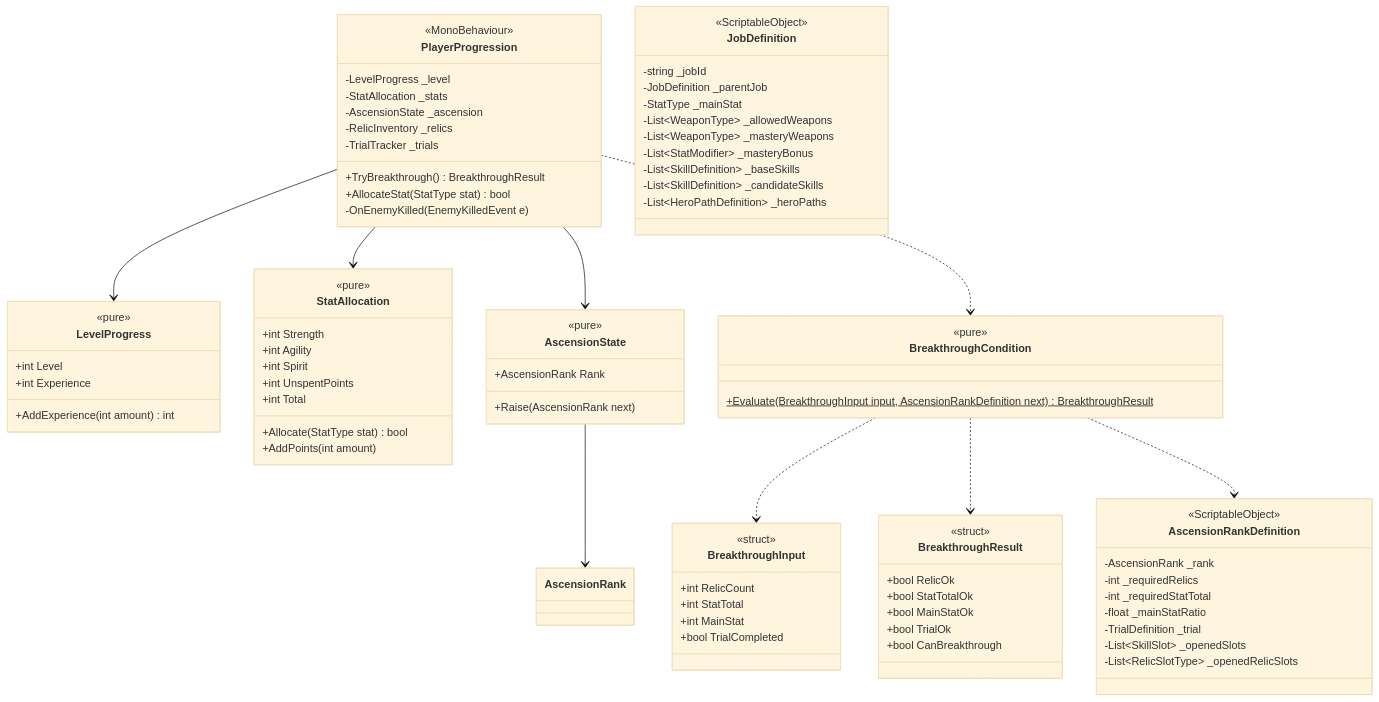
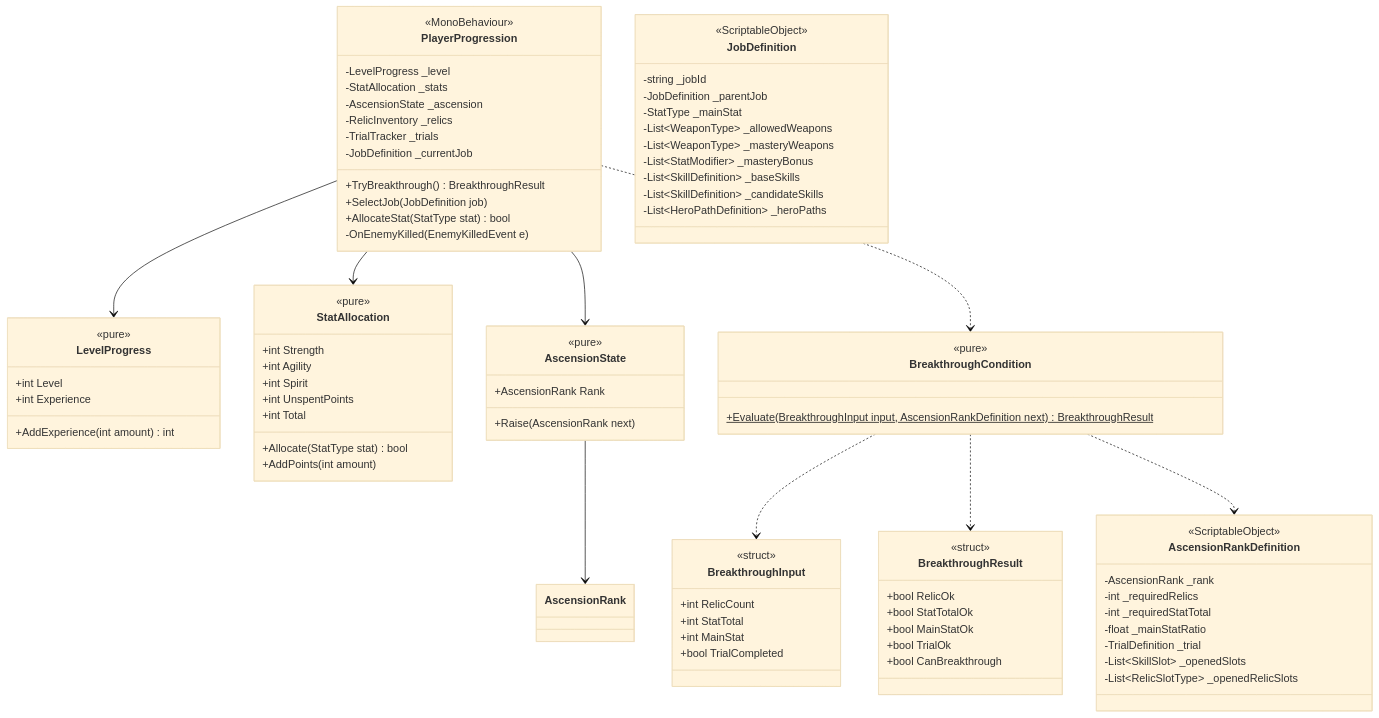
Before and after one commit to lwy0810/BROKEN-SOVEREIGN: the seventh of 15 diagrams in Docs/ClassDiagram.md, drawn with Mermaid (base theme). The commit also changed other lines of this file and 2 other files, not shown here.

```diff
--- a/Docs/ClassDiagram.md
+++ b/Docs/ClassDiagram.md
@@ -493,7 +495,9 @@
         -AscensionState _ascension
         -RelicInventory _relics
         -TrialTracker _trials
+        -JobDefinition _currentJob
         +TryBreakthrough() BreakthroughResult
+        +SelectJob(JobDefinition job)
         +AllocateStat(StatType stat) bool
         -OnEnemyKilled(EnemyKilledEvent e)
     }
```
